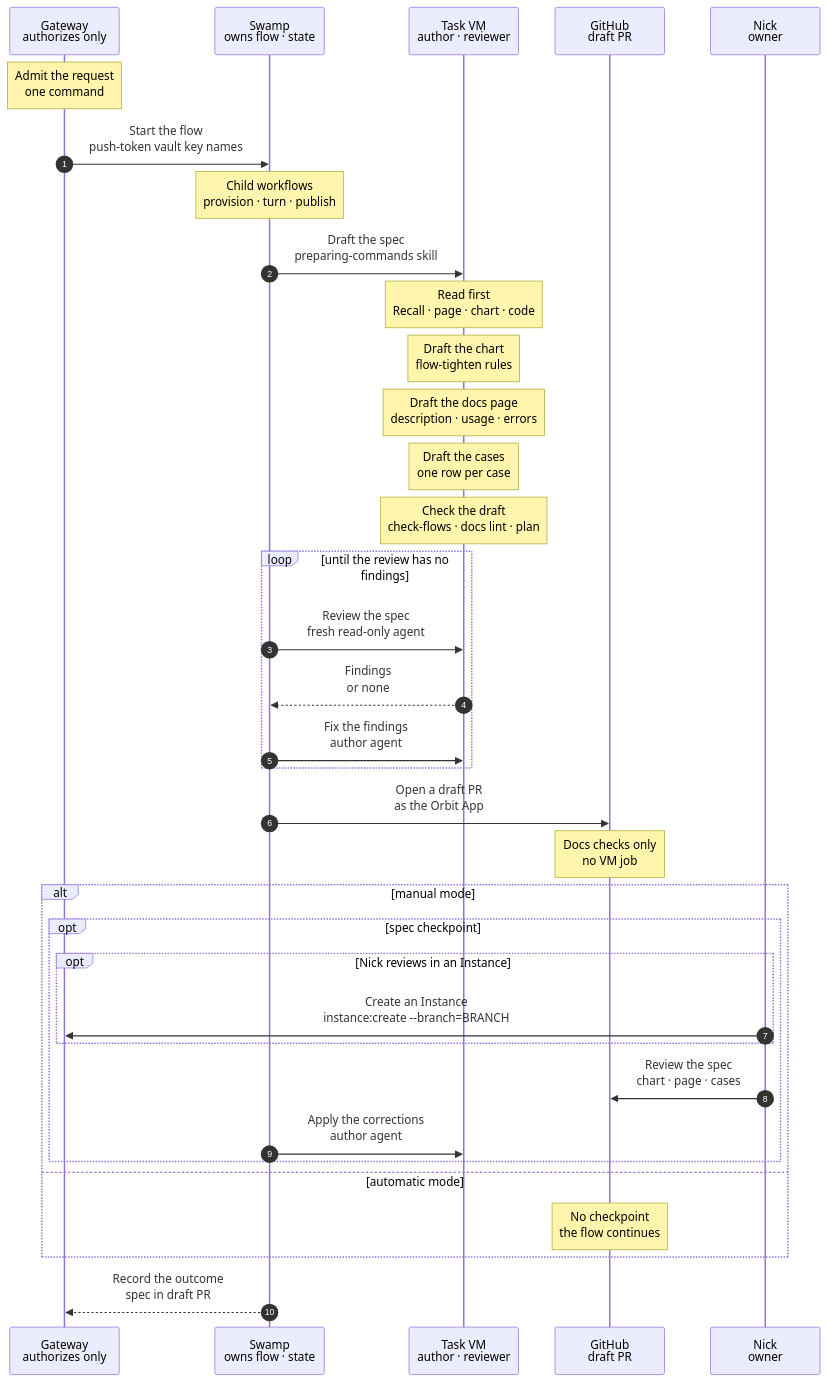
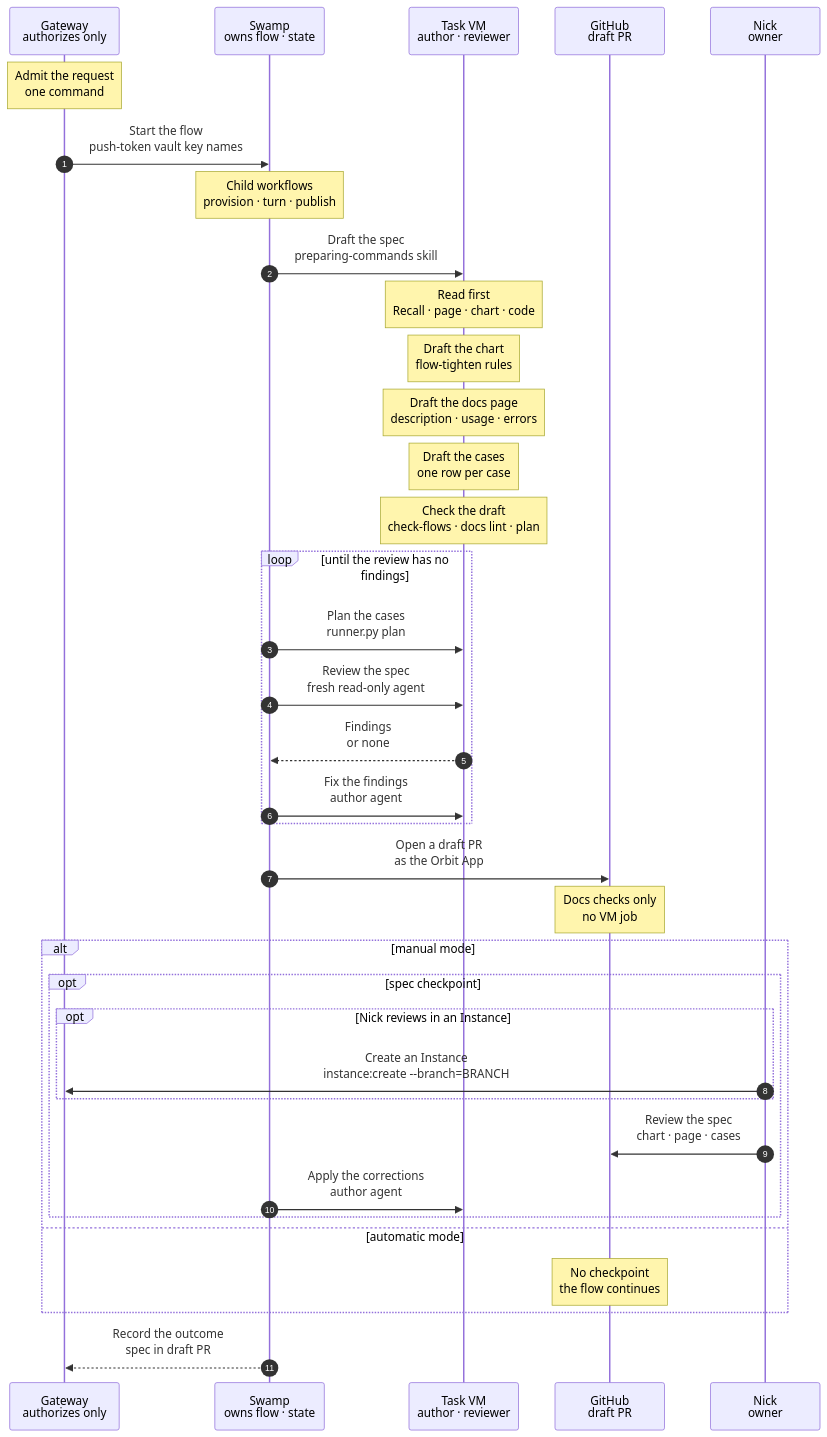
One commit to hardimpactdev/orbit changed the diagram in docs/reference/pipeline/1-prep.mmd. Above: the diagram before and after it, drawn with Mermaid. The commit also changed 8 other files, not shown here.

First line of the commit message:
feat(swamp): plan the cases of a prep spec in a step and feed a refusal into the fix loop

```diff
--- a/docs/reference/pipeline/1-prep.mmd
+++ b/docs/reference/pipeline/1-prep.mmd
@@ -1,127 +1,135 @@
 sequenceDiagram
   %% Target design: stage 1 of the command development pipeline (docs/reference/command-development-pipeline.mdx). A command has one PR, and this stage starts it. Swamp owns the flow and its state; the Gateway only authorizes it: it admits each request, mints short-lived GitHub App tokens, passes them by vault key name, and records outcomes. An author agent drafts the spec (chart, docs page and cases), a separate review agent checks it, and Swamp opens a draft PR as the Orbit App. The spec is the first commit of that PR. In manual mode, Nick may review the spec in the draft before code is written; in automatic mode there is no checkpoint. The code and the runnable proof cases follow in the same PR (stages 2 to 4), and stage 4 holds the gate and the merge.
   %% status: draft
   %% command: development pipeline stage 1 · start the command PR with its spec
   %% kind: pipeline.1-prep
   autonumber
   %% lane GW icon=gateway pill=intent tone=blue
   %% lane SW icon=workflow pill=executes tone=green
   %% lane VM icon=terminal pill=target tone=gray
   %% lane GH icon=server pill=target tone=purple
   %% lane NK icon=terminal pill=caller tone=amber
   participant GW as Gateway<br/>authorizes only
   participant SW as Swamp<br/>owns flow · state
   participant VM as Task VM<br/>author · reviewer
   participant GH as GitHub<br/>draft PR
   participant NK as Nick<br/>owner
   Note over GW: Admit the request<br/>one command
   %%> What it does:
   %%> - authorizes the request to start the PR of one command
   %%> - records the operation, so the CLI and web show its state
   %%> - names the vault keys of the push token; the publish step mints the token when it runs
   %%> Why:
   %%> - the Gateway only authorizes; Swamp owns the flow and all of its state
   GW->>SW: Start the flow<br/>push-token vault key names
   %%> Inputs:
   %%> - the command and its family
   %%> - the vault key names of the push token, never a token
   %%> Built or not:
   %%> - built: `tasks:prep` admits the run and Swamp runs it as the workflow `operation-task-prep`
   %%> - not built: the automatic mode, which a flow input would set
   Note over SW: Child workflows<br/>provision · turn · publish
   %%> What it does:
   %%> - the arrows below from Swamp to the task VM and to GitHub are child workflows of one parent run: `operation-task-provision`, `operation-task-turn` for the draft, review and fix turns, and `operation-task-publish` with a draft
   %%> - the Gateway captured their whole intent at admission and Swamp passes it down as inputs; no step calls the Gateway
   %%> - the commit and tree the draft leaves, which the Gateway cannot know at admission, pass from step to step inside the run
   SW->>VM: Draft the spec<br/>preparing-commands skill
   %%> What it does:
   %%> - the author agent drafts the chart, the docs page and the verification cases in a task VM
   %%> - this commit changes no code
   Note over VM: Read first<br/>Recall · page · chart · code
   %%> What it does:
   %%> - Recall `resolve` for the command and its family, and `decisions` for the family; current decisions override older text
   %%> - reads the existing page and chart; reads the code only to learn what exists, never as the target
   %%> - for a command that already has a spec from a docs-only PR, starts from it and updates it
   %%> - for a sibling of an approved command, starts from the sibling's chart, page and cases
   Note over VM: Draft the chart<br/>flow-tighten rules
   %%> What it does:
   %%> - writes `docs/cli/FAMILY/COMMAND.mmd`, the ideal flow, even where the code differs
   %%> - the main path uses required parameters only; each optional flag gets its own `opt` block
   %%> - uses role names and placeholders, never Node ids, task ids or hostnames
   %%> - shows the failure and cleanup contract: what a failure leaves behind, what a rerun does
   Note over VM: Draft the docs page<br/>description · usage · errors
   %%> What it does:
   %%> - writes `docs/cli/FAMILY/COMMAND.mdx` in this order: description, usage, how it works, errors
   %%> - states the rerun behavior, with the reason code of a skip
   Note over VM: Draft the cases<br/>one row per case
   %%> What it does:
   %%> - writes `swamp/proof/FAMILY/COMMAND.cases.yaml` from the chart and the page, never from the code; each case names its chart path and its batch from `swamp/proof/batches.yaml`
   %%> - covers required arguments only, each flag, each error on the chart, a repeat, and a failure after a partial change
   %%> - marks a case that the code fails today; never weakens a case to fit the code
   Note over VM: Check the draft<br/>check-flows · docs lint · plan
   %%> What it does:
   %%> - runs `bin/check-flows`, `composer docs-build` and `composer docs-lint`
   %%> - runs `python3 swamp/proof/runner/runner.py plan --file` on the cases file of the command; the plan must exit 0, so a cases file that the runner refuses, such as a step it does not have, goes back to the author
   %%> - a case that needs something the runner lacks is listed under `uncovered`, never written as a step; the runner is not changed
   %%> - walks every error code, flag and repeat of the page against the cases
   loop until the review has no findings
+    SW->>VM: Plan the cases<br/>runner.py plan
+    %%> What it does:
+    %%> - runs `python3 swamp/proof/runner/runner.py plan --file` on the cases file of the command in the task VM, with literal arguments; it loads the file and runs no case
+    %%> - runs after the draft and after each fix, before the review of that round
+    %%> - a refusal, such as a step the runner does not have, becomes the first finding of the round: the review cannot approve past it, and the fix turn sends the author back
+    %%> Decided by the orchestrator, for Nick's review:
+    %%> - a Swamp step, not only a prompt: the prep run has no handoff check, so a command deliverable on the spec subtask would never be verified
+    %%> - the runner is not changed; a case it cannot express is listed under `uncovered`
     SW->>VM: Review the spec<br/>fresh read-only agent
     %%> What it does:
     %%> - a separate review agent, on another model than the author's and at high effort, checks the spec against the skills and the CLI standard
+    %%> - it never wrote the spec
+    %%> - it runs the same plan too
     %%> Decided by the orchestrator, for Nick's review:
     %%> - the chart names no model. The Pi policy of task agents allows only the group's provider and refuses Claude models, so the review agent runs on the reviewer model of the group, which differs from the author's
-    %%> - it never wrote the spec
-    %%> - it runs the same plan; a refusal is a finding it cannot approve past
     VM-->>SW: Findings<br/>or none
     SW->>VM: Fix the findings<br/>author agent
     %%> When:
     %%> - only when the review has findings
     %%> Result:
     %%> - the author agent fixes every finding it can settle with the rules and Recall decisions
   end
   SW->>GH: Open a draft PR<br/>as the Orbit App
   %%> What it does:
   %%> - asks the Gateway for a token at this step, then reads it from the vault by its key name; no task VM holds it
   %%> - pushes the branch whose first commit holds the chart, page and cases of one command and nothing else
   %%> - opens the PR as a draft; it stays a draft until stage 4
   %%> - this is the one PR of the command: code and runnable proof cases join it later, and no separate docs PR exists
   %%> Built:
   %%> - the run opens the PR with the child workflow of `tasks:publish --draft`, so the App opens the spec PR
   Note over GH: Docs checks only<br/>no VM job
   %%> Why:
   %%> - the spec commit changes documentation only, so CI runs the docs checks and never the proof CI; the proof CI starts with the code
   alt manual mode
     opt spec checkpoint
       opt Nick reviews in an Instance
         NK->>GW: Create an Instance<br/>instance:create --branch=BRANCH
         %%> What it does:
         %%> - creates a development Instance that checks out the PR branch
         %%> - Nick and an agent review and adjust the spec there
         %%> Built or not:
         %%> - built: `instance:create --branch` checks out an existing origin branch (`docs/cli/instance/create.mdx`, Branch selection)
       end
       NK->>GH: Review the spec<br/>chart · page · cases
       %%> What it does:
       %%> - Nick reviews the chart, the page and the cases in the draft before any code is written
       %%> - each correction is a new commit on the same branch
       %%> - Nick approves the spec; the chart is then marked `%% status: reviewed`
       %%> Why:
       %%> - a wrong spec is cheapest to fix before code follows it
       SW->>VM: Apply the corrections<br/>author agent
       %%> When:
       %%> - only when Nick asks for corrections
       %%> Result:
       %%> - the author agent applies them, checks the draft again and pushes
       %%> Not built:
       %%> - this step; today an agent applies Nick's corrections by hand on the PR branch
     end
   else automatic mode
     Note over GH: No checkpoint<br/>the flow continues
     %%> Why:
     %%> - the review agents' clean pass is the spec approval; the final self-review in stage 4 reads the whole PR
   end
   SW-->>GW: Record the outcome<br/>spec in draft PR
   %%> Result:
   %%> - the Gateway records the draft PR with its spec commit, for the CLI and web
   %%> - the command is not ready and not merged; building starts in the same PR with stage 2, and stages 3 and 4 follow in it
   %%> - a command already prepared through a docs-only PR stays as it is; when its turn comes, this flow reviews and updates its spec
```
